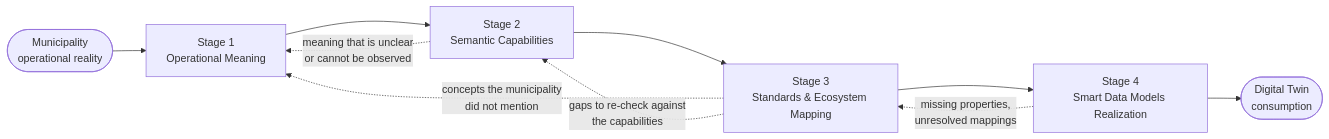
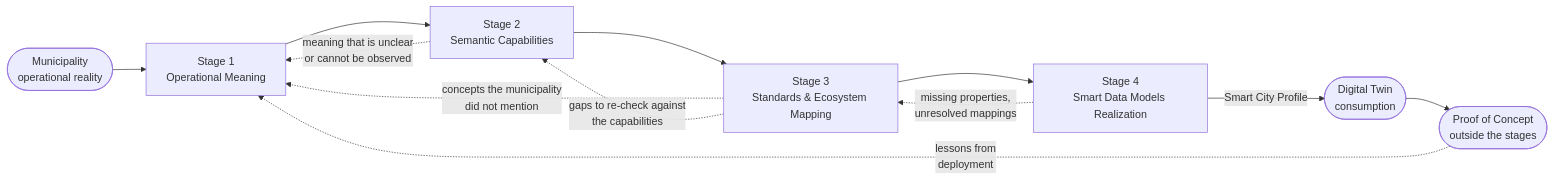
The first of 2 diagrams in methodology/core-methodology/methodology-overview.md (smartcities-sig/smartcities-sig), drawn with Mermaid before and after one commit. The commit also changed other lines of this file and 2 other files, not shown here.

First line of the commit message:
Overview and worksheet: stage table with inputs, workshops, Proof of Concept

````diff
--- a/methodology/core-methodology/methodology-overview.md
+++ b/methodology/core-methodology/methodology-overview.md
@@ -89,17 +89,19 @@
 ```mermaid
 %%{init: {'flowchart': {'curve': 'basis', 'htmlLabels': true}}}%%
 flowchart LR
     M(["Municipality<br/>operational reality"])
     S1["Stage 1<br/>Operational Meaning"]
     S2["Stage 2<br/>Semantic Capabilities"]
     S3["Stage 3<br/>Standards & Ecosystem Mapping"]
     S4["Stage 4<br/>Smart Data Models Realization"]
     DT(["Digital Twin<br/>consumption"])
+    POC(["Proof of Concept<br/>outside the stages"])
 
-    M --> S1 --> S2 --> S3 --> S4 --> DT
+    M --> S1 --> S2 --> S3 --> S4 -- "Smart City Profile" --> DT --> POC
 
     S2 -. "meaning that is unclear<br/>or cannot be observed" .-> S1
     S3 -. "concepts the municipality<br/>did not mention" .-> S1
     S3 -. "gaps to re-check against<br/>the capabilities" .-> S2
     S4 -. "missing properties,<br/>unresolved mappings" .-> S3
+    POC -. "lessons from<br/>deployment" .-> S1
 ```
````
